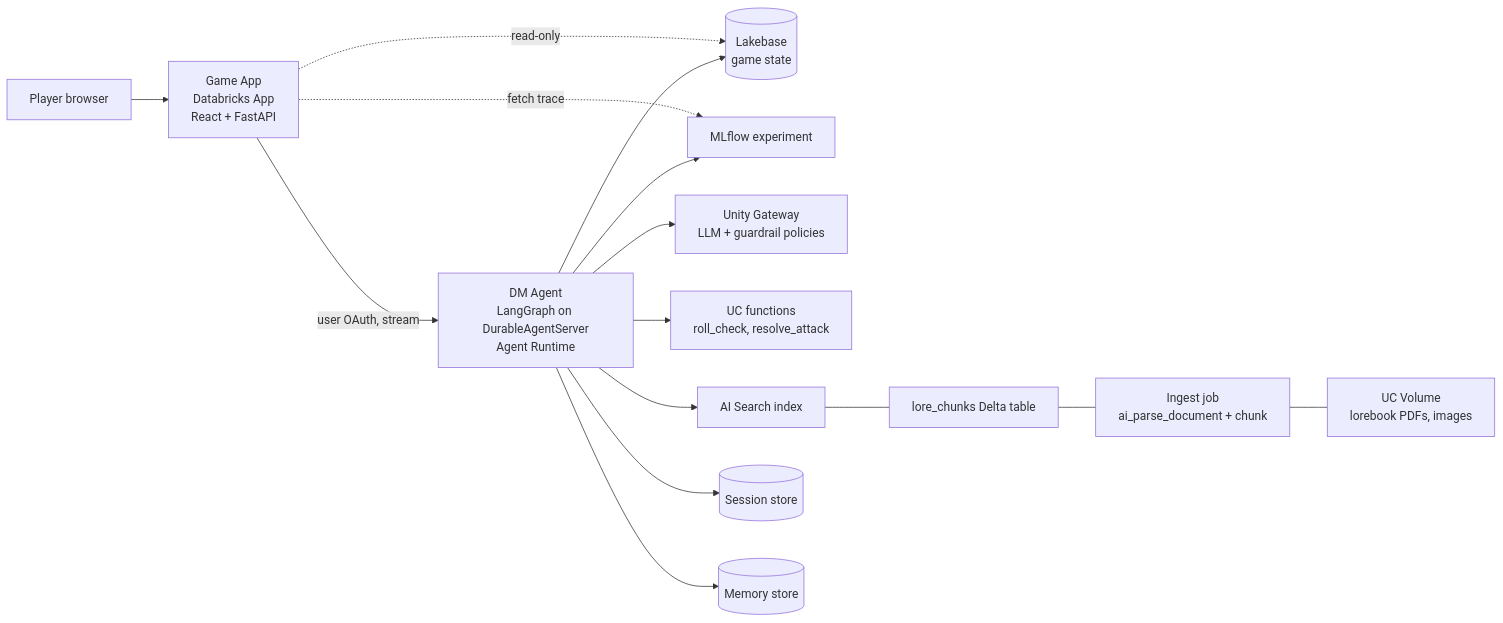
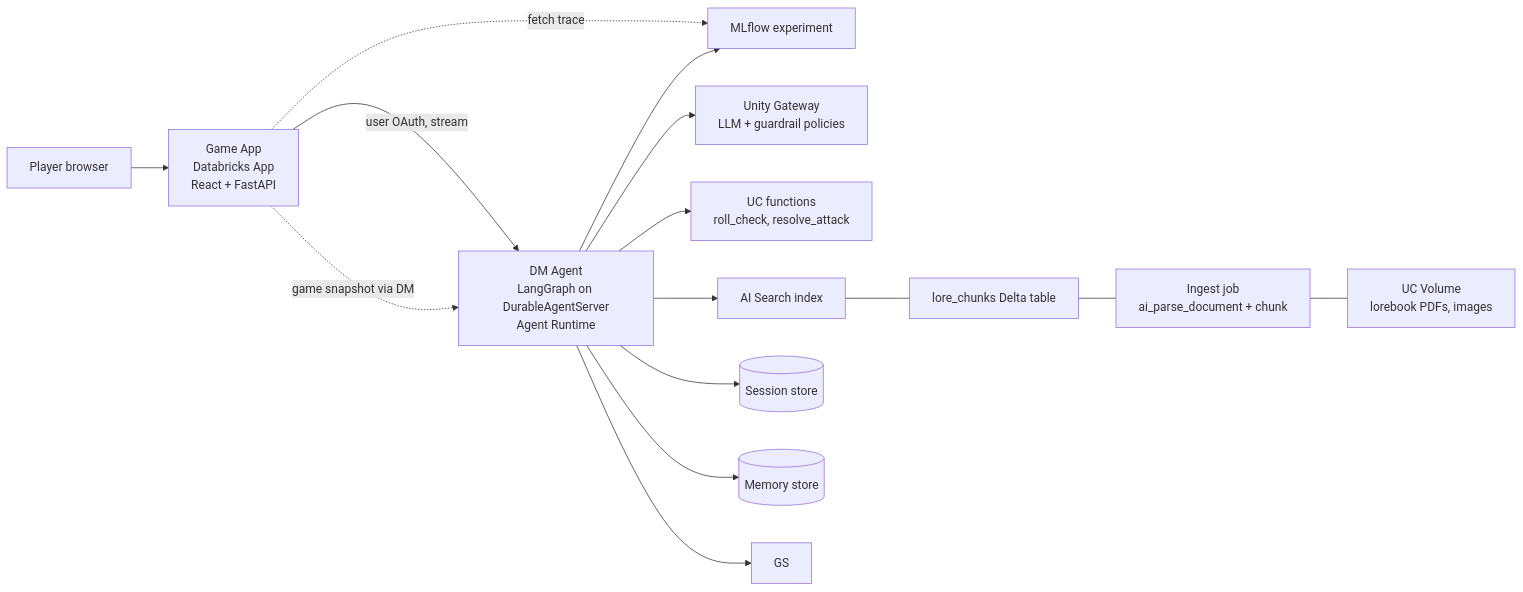
The diagram in docs/superpowers/specs/2026-10-16-databricks-rpg-design.md (digiscribe78/DatabricksAdventure), drawn with Mermaid before and after one commit. The commit also changed other lines of this file, not shown here.

Commit message:
docs(spec): M4 deltas: app reads the DM's game snapshot, AppKit hosting, client_session_id, Q4 resolved

````diff
--- a/docs/superpowers/specs/2026-10-16-databricks-rpg-design.md
+++ b/docs/superpowers/specs/2026-10-16-databricks-rpg-design.md
@@ -63,17 +63,17 @@
 ```mermaid
 flowchart LR
   P[Player browser] --> UI[Game App<br/>Databricks App<br/>React + FastAPI]
   UI -- user OAuth, stream --> DM[DM Agent<br/>LangGraph on DurableAgentServer<br/>Agent Runtime]
-  UI -. read-only .-> GS[(Lakebase<br/>game state)]
+  UI -. game snapshot via DM .-> DM
   UI -. fetch trace .-> ML[MLflow experiment]
   DM --> GW[Unity Gateway<br/>LLM + guardrail policies]
   DM --> UCF[UC functions<br/>roll_check, resolve_attack]
   DM --> AIS[AI Search index]
   DM --> SS[(Session store)]
   DM --> MS[(Memory store)]
   DM --> GS
   DM --> ML
   AIS --- LC[lore_chunks Delta table]
   LC --- ING[Ingest job<br/>ai_parse_document + chunk]
   ING --- VOL[UC Volume<br/>lorebook PDFs, images]
 ```
````
